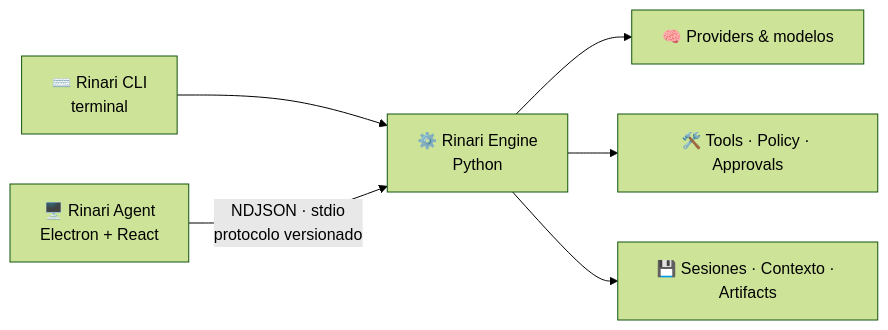
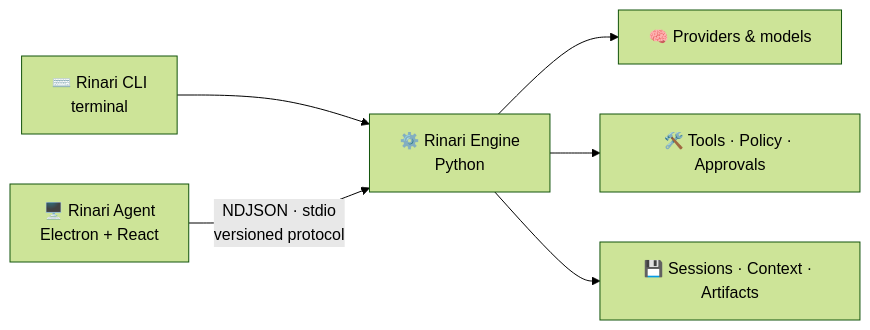
Before and after one commit to Xainner/Xainner: the diagram in README.md, drawn with Mermaid (forest theme). The commit also changed other lines of this file and 1 other file, not shown here.

````diff
--- a/README.md
+++ b/README.md
@@ -84,8 +84,8 @@
 ```mermaid
 flowchart LR
     CLI["⌨️ Rinari CLI<br/>terminal"] --> Engine
-    Desktop["🖥️ Rinari Agent<br/>Electron + React"] -- "NDJSON · stdio<br/>protocolo versionado" --> Engine
-    Engine["⚙️ Rinari Engine<br/>Python"] --> Models["🧠 Providers & modelos"]
+    Desktop["🖥️ Rinari Agent<br/>Electron + React"] -- "NDJSON · stdio<br/>versioned protocol" --> Engine
+    Engine["⚙️ Rinari Engine<br/>Python"] --> Models["🧠 Providers & models"]
     Engine --> Tools["🛠️ Tools · Policy · Approvals"]
-    Engine --> State["💾 Sesiones · Contexto · Artifacts"]
+    Engine --> State["💾 Sessions · Context · Artifacts"]
 ```
````
